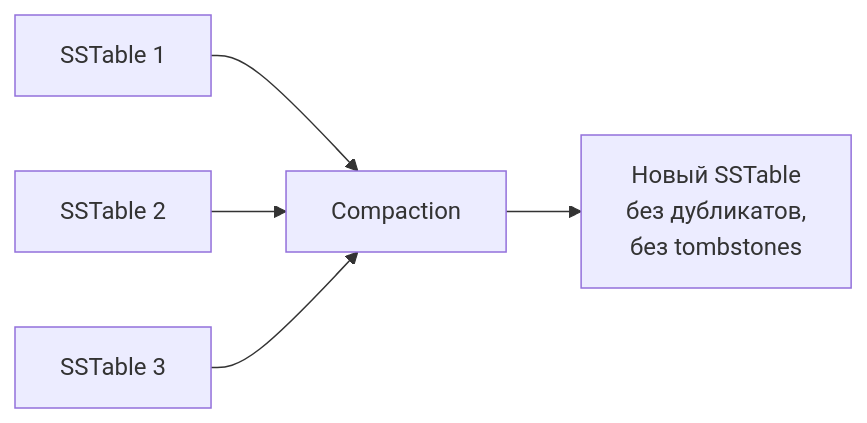
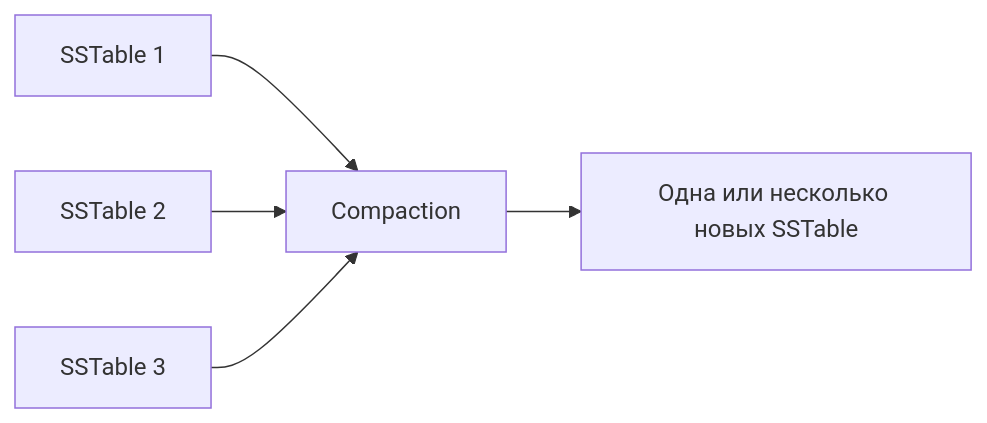
One commit to akeverus/cheat-sheet changed the eighth of 11 diagrams in cheatsheets/interview/databases/cassandra-interview.md. Above: the diagram before and after it, drawn with Mermaid. The commit also changed other lines of this file, not shown here.

````diff
--- a/cheatsheets/interview/databases/cassandra-interview.md
+++ b/cheatsheets/interview/databases/cassandra-interview.md
@@ -813,7 +803,7 @@
 ```mermaid
 graph LR
     SST1[SSTable 1] --> Comp[Compaction]
     SST2[SSTable 2] --> Comp
     SST3[SSTable 3] --> Comp
-    Comp --> NewSST[Новый SSTable<br/>без дубликатов,<br/>без tombstones]
+    Comp --> NewSST[Одна или несколько новых SSTable]
 ```
````
